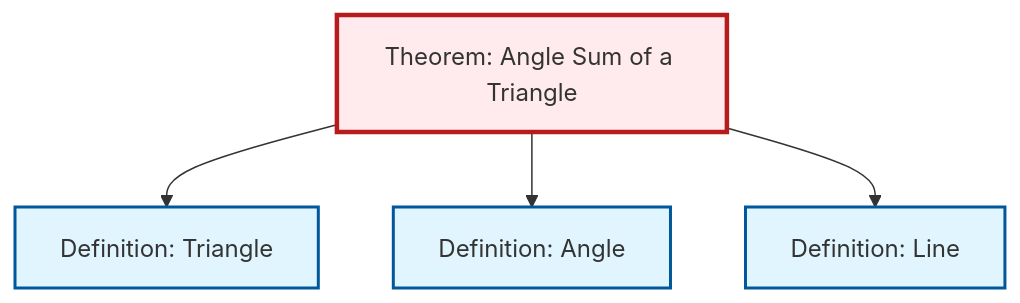
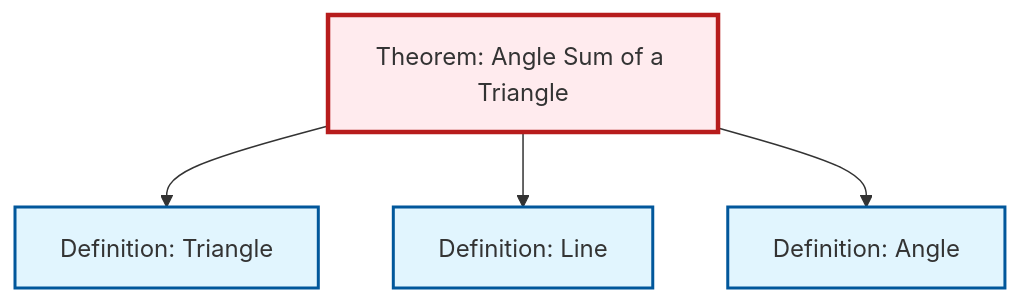
Before and after one commit to RK0429/ModernMath: the diagram in content/en/geometry/thm-angle-sum-triangle.qmd, drawn with Mermaid. The commit also changed other lines of this file and 1012 other files, not shown here.

````diff
--- a/content/en/geometry/thm-angle-sum-triangle.qmd
+++ b/content/en/geometry/thm-angle-sum-triangle.qmd
@@ -57,20 +57,20 @@
 ```{mermaid}
 %%| fig-cap: "Local dependency graph"
 graph TD
     classDef definition fill:#e1f5fe,stroke:#01579b,stroke-width:2px
     classDef theorem fill:#f3e5f5,stroke:#4a148c,stroke-width:2px
     classDef axiom fill:#fff3e0,stroke:#e65100,stroke-width:2px
     classDef example fill:#e8f5e9,stroke:#1b5e20,stroke-width:2px
     classDef current fill:#ffebee,stroke:#b71c1c,stroke-width:3px
     def-line["Definition: Line"]:::definition
+    thm-angle-sum-triangle["Theorem: Angle Sum of a Triangle"]:::theorem
     def-triangle["Definition: Triangle"]:::definition
-    thm-angle-sum-triangle["Theorem: Angle Sum of a Triangle"]:::theorem
     def-angle["Definition: Angle"]:::definition
     thm-angle-sum-triangle --> def-triangle
+    thm-angle-sum-triangle --> def-line
     thm-angle-sum-triangle --> def-angle
-    thm-angle-sum-triangle --> def-line
     class thm-angle-sum-triangle current
     click def-line "def-line.html" "Go to Line definition"
     click def-triangle "def-triangle.html" "Go to Triangle definition"
     click def-angle "def-angle.html" "Go to Angle definition"
 ```
````
